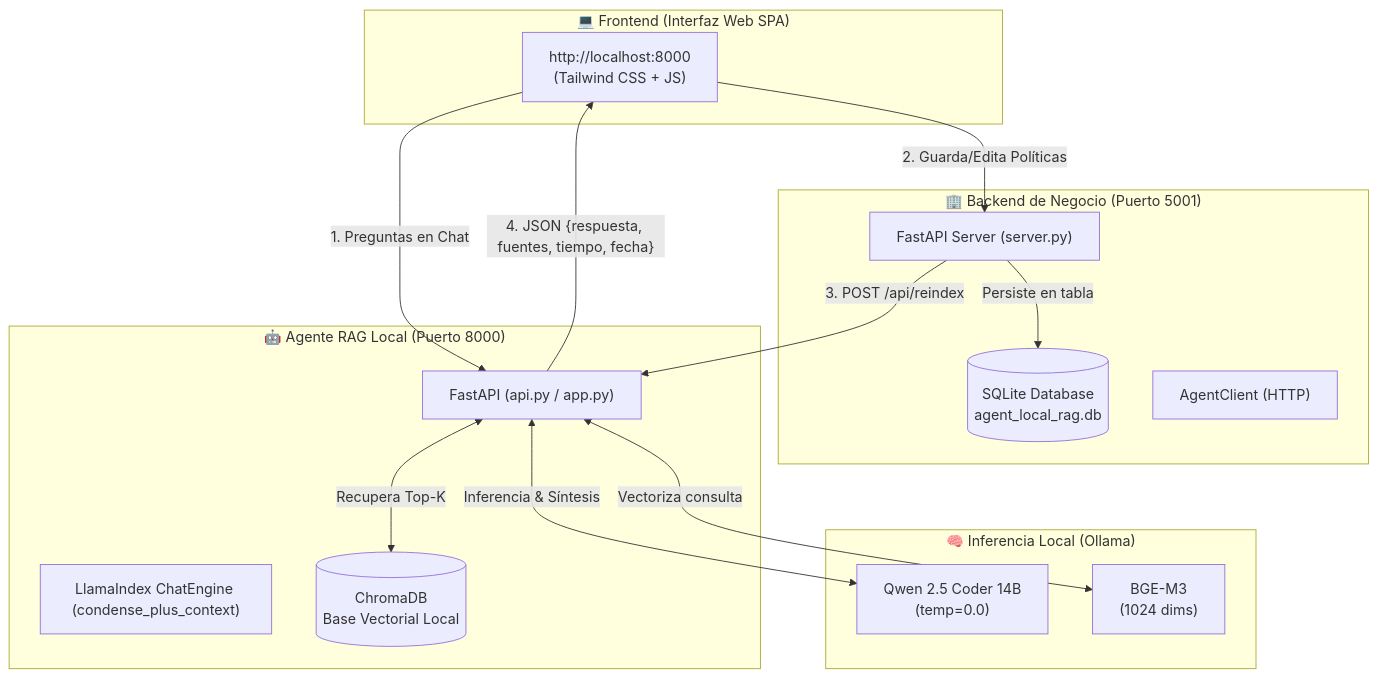
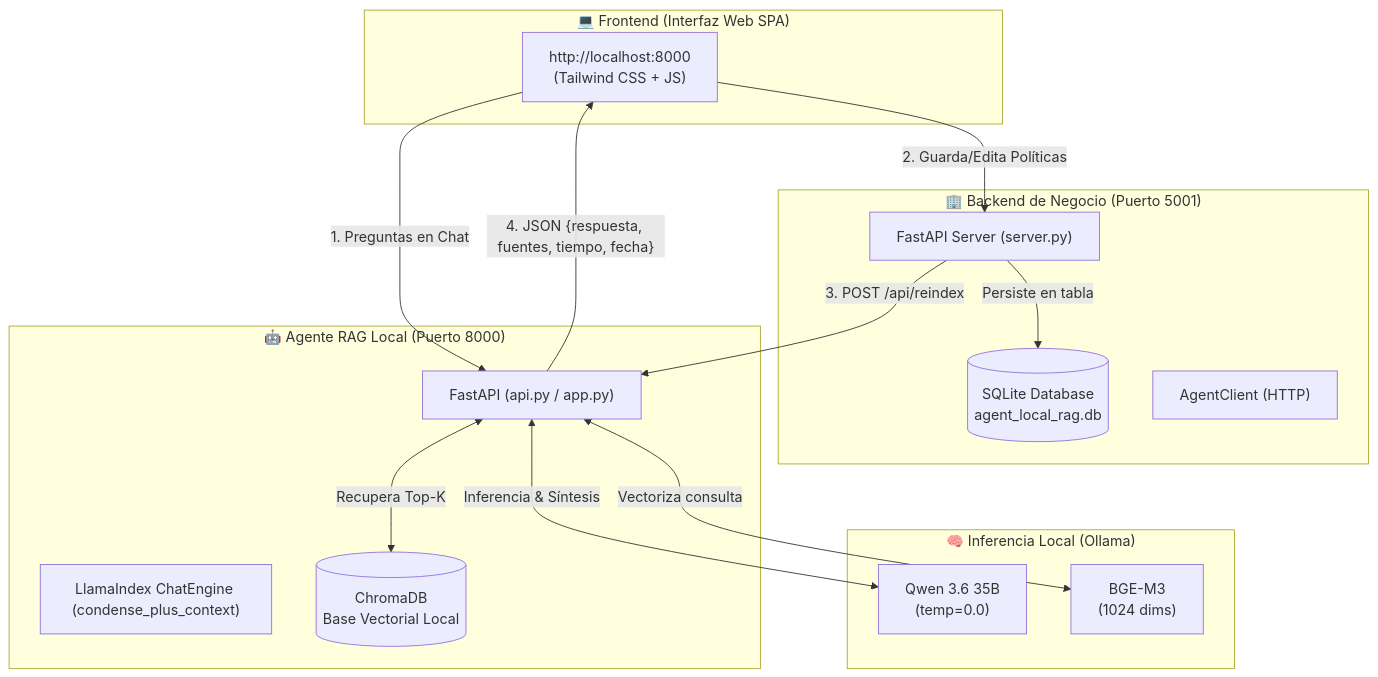
Before and after one commit to elmaxicero4/AgentLocalRag: the diagram in README.md, drawn with Mermaid. The commit also changed other lines of this file and 5 other files, not shown here.

Commit message:
feat: upgrade default reasoning LLM to Qwen 3.6 35B (qwen3.6:35b)

````diff
--- a/README.md
+++ b/README.md
@@ -29,32 +29,32 @@
 ```mermaid
 flowchart TD
     subgraph FrontendApp["💻 Frontend (Interfaz Web SPA)"]
         UI["http://localhost:8000\n(Tailwind CSS + JS)"]
     end
 
     subgraph BackendApp["🏢 Backend de Negocio (Puerto 5001)"]
         BServer["FastAPI Server (server.py)"]
         BDB[("SQLite Database\nagent_local_rag.db")]
         BClient["AgentClient (HTTP)"]
     end
 
     subgraph AgentApp["🤖 Agente RAG Local (Puerto 8000)"]
         API["FastAPI (api.py / app.py)"]
         Engine["LlamaIndex ChatEngine (condense_plus_context)"]
         Chroma[("ChromaDB\nBase Vectorial Local")]
     end
 
     subgraph LocalAI["🧠 Inferencia Local (Ollama)"]
-        LLM["Qwen 2.5 Coder 14B\n(temp=0.0)"]
+        LLM["Qwen 3.6 35B\n(temp=0.0)"]
         Embed["BGE-M3\n(1024 dims)"]
     end
 
     UI -->|"1. Preguntas en Chat"| API
     UI -->|"2. Guarda/Edita Políticas"| BServer
     BServer -->|"Persiste en tabla"| BDB
     BServer -->|"3. POST /api/reindex"| API
     API <-->|"Recupera Top-K"| Chroma
     API <-->|"Inferencia & Síntesis"| LLM
     API <-->|"Vectoriza consulta"| Embed
     API -->|"4. JSON {respuesta, fuentes, tiempo, fecha}"| UI
 ```
````
